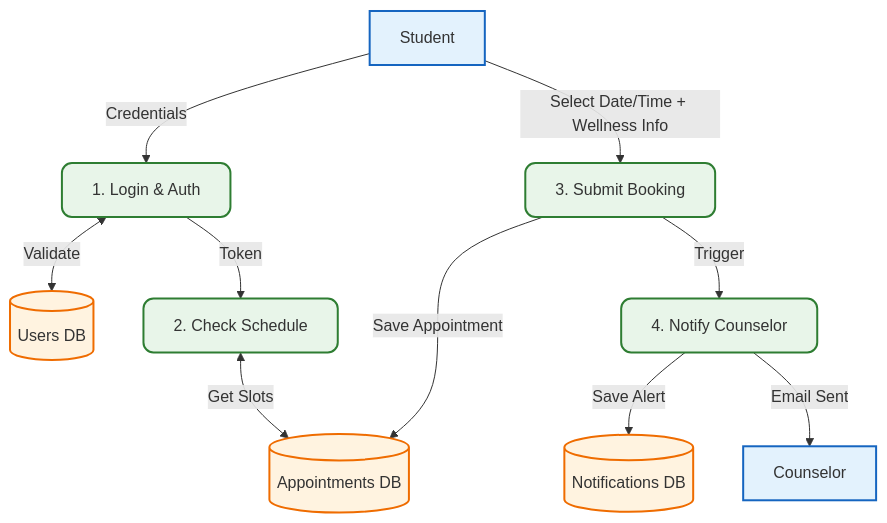
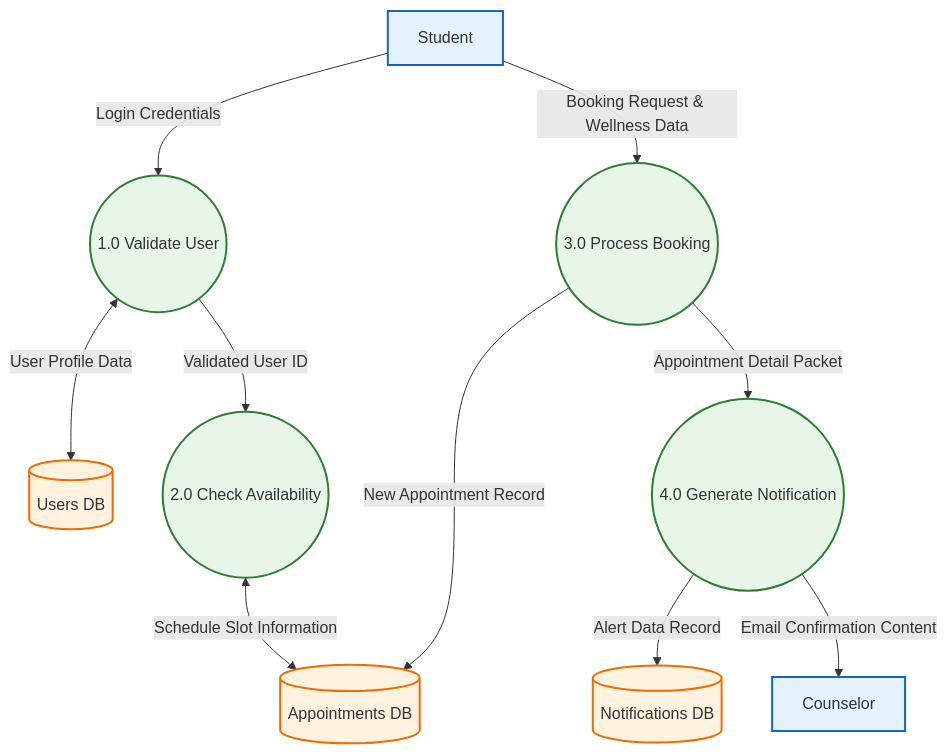
Before and after one commit to JAPEE45/GuidanceCounselingMS: the diagram in OUTPUT/dfd_student_booking.mermaid, drawn with Mermaid. The commit also changed 43 other files, not shown here.

```diff
--- a/OUTPUT/dfd_student_booking.mermaid
+++ b/OUTPUT/dfd_student_booking.mermaid
@@ -1,30 +1,34 @@
 flowchart TD
-    %% Standard DFD Shapes
+    %% Standard DFD Shapes and Data Flow Standards
     classDef process fill:#e8f5e9,stroke:#2e7d32,stroke-width:2px,rx:10,ry:10;
     classDef entity fill:#e3f2fd,stroke:#1565c0,stroke-width:2px,shape:rect;
     classDef store fill:#fff3e0,stroke:#ef6c00,stroke-width:2px,shape:cylinder;
 
-    %% Nodes
+    %% Entities
     Student[Student]:::entity
-    Process1[1. Login & Auth]:::process
-    Process2[2. Check Schedule]:::process
-    Process3[3. Submit Booking]:::process
-    Process4[4. Notify Counselor]:::process
+    Counselor[Counselor]:::entity
     
-    DB_Users[(Users DB)]:::store
-    DB_Appt[(Appointments DB)]:::store
-    DB_Notif[(Notifications DB)]:::store
+    %% Processes (Functionality - Circle/Oval for DFD)
+    P1((1.0 Validate User)):::process
+    P2((2.0 Check Availability)):::process
+    P3((3.0 Process Booking)):::process
+    P4((4.0 Generate Notification)):::process
+    
+    %% Data Stores (Open Rectangle or Cylinder)
+    D1[(Users DB)]:::store
+    D2[(Appointments DB)]:::store
+    D3[(Notifications DB)]:::store
 
-    %% Flow
-    Student -->|Credentials| Process1
-    Process1 <-->|Validate| DB_Users
+    %% Data Flows (NOUNS ONLY - Representing Data Packets)
+    Student -->|Login Credentials| P1
+    P1 <-->|User Profile Data| D1
     
-    Process1 -->|Token| Process2
-    Process2 <-->|Get Slots| DB_Appt
+    P1 -->|Validated User ID| P2
+    P2 <-->|Schedule Slot Information| D2
     
-    Student -->|Select Date/Time + Wellness Info| Process3
-    Process3 -->|Save Appointment| DB_Appt
+    Student -->|Booking Request & Wellness Data| P3
+    P3 -->|New Appointment Record| D2
     
-    Process3 -->|Trigger| Process4
-    Process4 -->|Save Alert| DB_Notif
-    Process4 -->|Email Sent| Counselor[Counselor]:::entity
+    P3 -->|Appointment Detail Packet| P4
+    P4 -->|Alert Data Record| D3
+    P4 -->|Email Confirmation Content| Counselor
```
